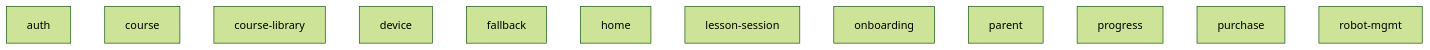
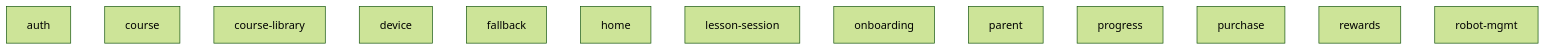
One commit to JSR-Algo/TJBOT-Mobile changed the diagram in migrate-ui-ux-to-mobile-app-docs/flows/global.generated.mmd. Above: the diagram before and after it, drawn with Mermaid (forest theme). The commit also changed 32 other files, not shown here.

```diff
--- a/migrate-ui-ux-to-mobile-app-docs/flows/global.generated.mmd
+++ b/migrate-ui-ux-to-mobile-app-docs/flows/global.generated.mmd
@@ -1,15 +1,16 @@
 %% GENERATED FROM nav-graph-data.json sha=ae1ed0de7840. Do not edit by hand.
 %% Domain-level overview only — intra-domain detail lives under domains/<d>/flow.generated.mmd
 flowchart TD
   auth["auth"]
   course["course"]
   course_library["course-library"]
   device["device"]
   fallback["fallback"]
   home["home"]
   lesson_session["lesson-session"]
   onboarding["onboarding"]
   parent["parent"]
   progress["progress"]
   purchase["purchase"]
+  rewards["rewards"]
   robot_mgmt["robot-mgmt"]
```
